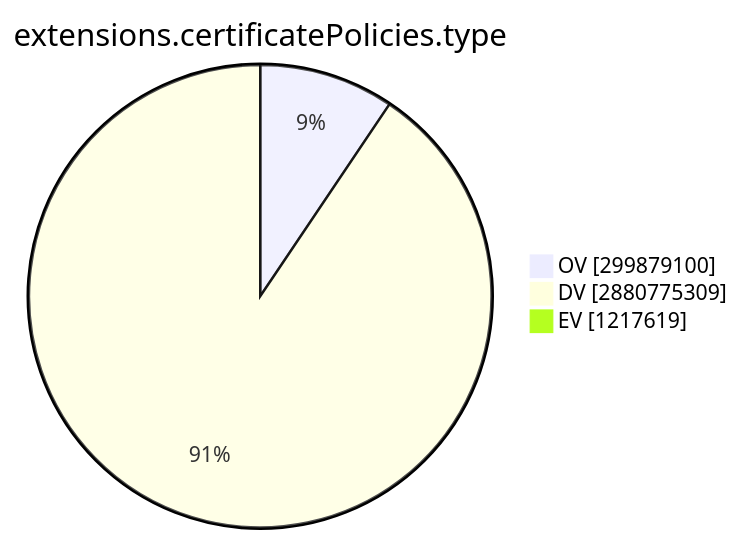
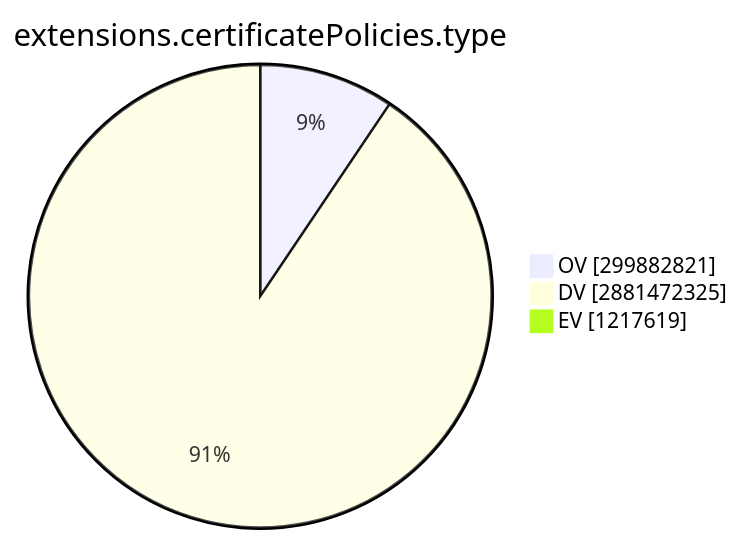
Before and after one commit to christiankrug/ctmonitor_visualization: the ninth of 15 diagrams in TOTAL/README.md, drawn with Mermaid. The commit also changed other lines of this file, not shown here.

````diff
--- a/TOTAL/README.md
+++ b/TOTAL/README.md
@@ -3101,7 +3101,7 @@
 ```mermaid
 pie showData
 title extensions.certificatePolicies.type
-"OV" :299879100
-"DV" :2880775309
+"OV" :299882821
+"DV" :2881472325
 "EV" :1217619
 ```
````
